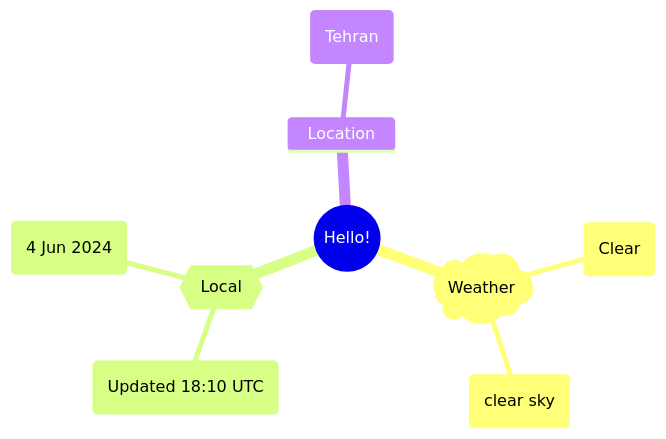
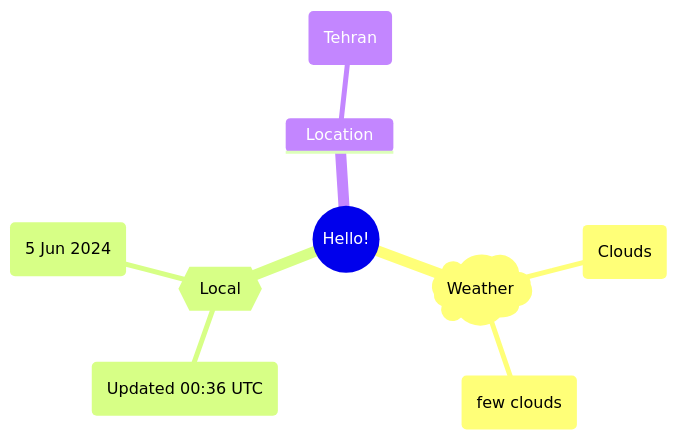
The first of 2 diagrams in README.md (Xosrov/Xosrov), drawn with Mermaid before and after one commit.

Commit message:
[bot] updated images

````diff
--- a/README.md
+++ b/README.md
@@ -3,12 +3,12 @@
 ```mermaid
 mindmap
   root((Hello!))
     )Weather(
-        (Clear)
-        (clear sky)
+        (Clouds)
+        (few clouds)
     {{Local}}
-        (Updated 18:10 UTC)
-        (4 Jun 2024)
+        (Updated 00:36 UTC)
+        (5 Jun 2024)
     Location
         (Tehran)
 ```
````
